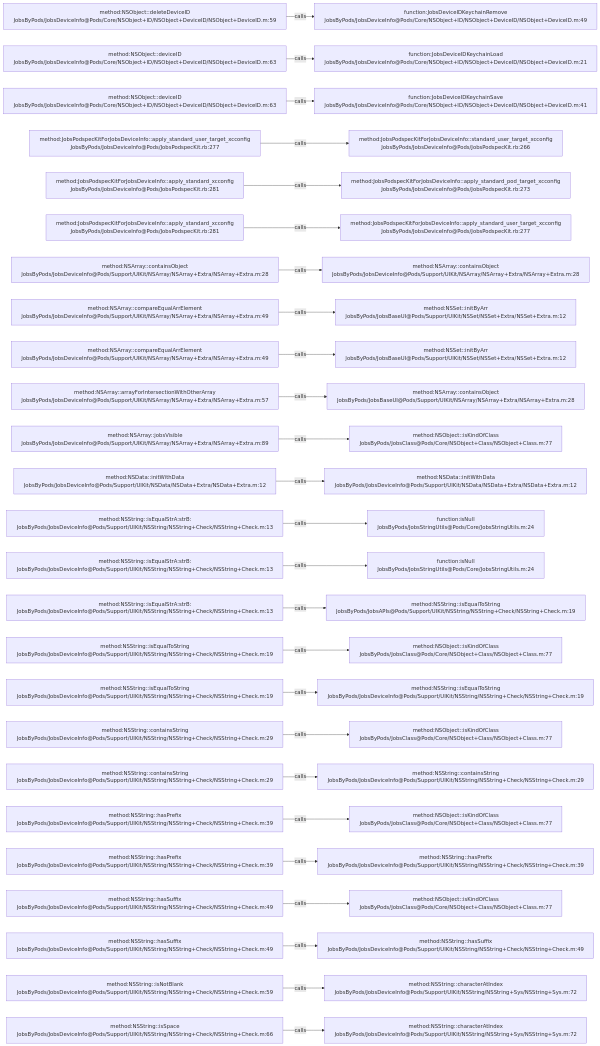
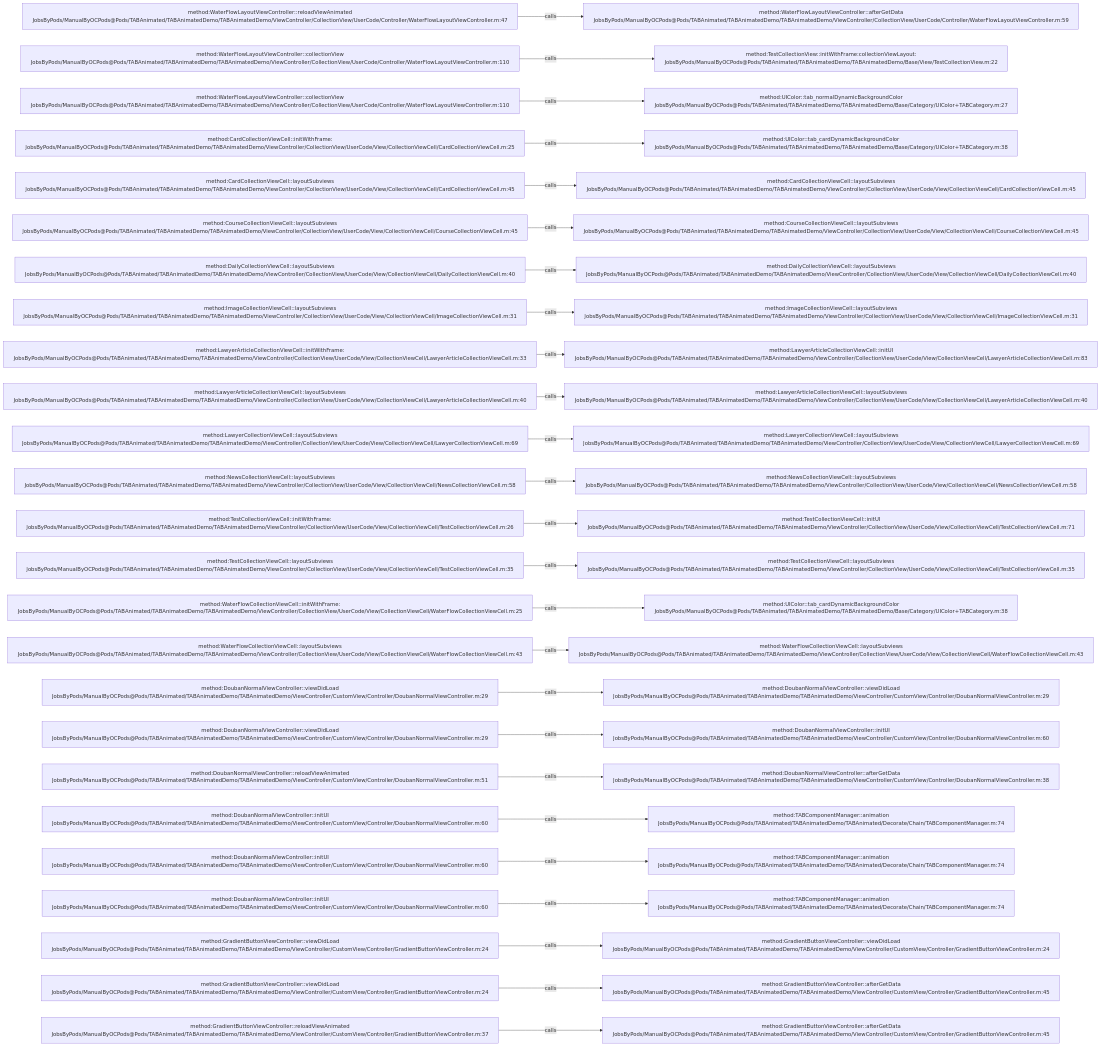
One commit to JobsKits/JobsOCBaseConfigDemo changed the diagram in .codegraph/codegraph.md/graphs/calls-061.md. Above: the diagram before and after it, drawn with Mermaid. The commit also changed 2162 other files, not shown here.

````diff
--- a/.codegraph/codegraph.md/graphs/calls-061.md
+++ b/.codegraph/codegraph.md/graphs/calls-061.md
@@ -13,78 +13,78 @@
 ```mermaid
 flowchart LR
-  S1["method:NSObject::deleteDeviceID<br/>JobsByPods/JobsDeviceInfo@Pods/Core/NSObject+ID/NSObject+DeviceID/NSObject+DeviceID.m:59"]
-  T1["function:JobsDeviceIDKeychainRemove<br/>JobsByPods/JobsDeviceInfo@Pods/Core/NSObject+ID/NSObject+DeviceID/NSObject+DeviceID.m:49"]
+  S1["method:WaterFlowLayoutViewController::reloadViewAnimated<br/>JobsByPods/ManualByOCPods@Pods/TABAnimated/TABAnimatedDemo/TABAnimatedDemo/ViewController/CollectionView/UserCode/Controller/WaterFlowLayoutViewController.m:47"]
+  T1["method:WaterFlowLayoutViewController::afterGetData<br/>JobsByPods/ManualByOCPods@Pods/TABAnimated/TABAnimatedDemo/TABAnimatedDemo/ViewController/CollectionView/UserCode/Controller/WaterFlowLayoutViewController.m:59"]
   S1 -->|calls| T1
-  S2["method:NSObject::deviceID<br/>JobsByPods/JobsDeviceInfo@Pods/Core/NSObject+ID/NSObject+DeviceID/NSObject+DeviceID.m:63"]
-  T2["function:JobsDeviceIDKeychainLoad<br/>JobsByPods/JobsDeviceInfo@Pods/Core/NSObject+ID/NSObject+DeviceID/NSObject+DeviceID.m:21"]
+  S2["method:WaterFlowLayoutViewController::collectionView<br/>JobsByPods/ManualByOCPods@Pods/TABAnimated/TABAnimatedDemo/TABAnimatedDemo/ViewController/CollectionView/UserCode/Controller/WaterFlowLayoutViewController.m:110"]
+  T2["method:TestCollectionView::initWithFrame:collectionViewLayout:<br/>JobsByPods/ManualByOCPods@Pods/TABAnimated/TABAnimatedDemo/TABAnimatedDemo/Base/View/TestCollectionView.m:22"]
   S2 -->|calls| T2
-  S3["method:NSObject::deviceID<br/>JobsByPods/JobsDeviceInfo@Pods/Core/NSObject+ID/NSObject+DeviceID/NSObject+DeviceID.m:63"]
-  T3["function:JobsDeviceIDKeychainSave<br/>JobsByPods/JobsDeviceInfo@Pods/Core/NSObject+ID/NSObject+DeviceID/NSObject+DeviceID.m:41"]
+  S3["method:WaterFlowLayoutViewController::collectionView<br/>JobsByPods/ManualByOCPods@Pods/TABAnimated/TABAnimatedDemo/TABAnimatedDemo/ViewController/CollectionView/UserCode/Controller/WaterFlowLayoutViewController.m:110"]
+  T3["method:UIColor::tab_normalDynamicBackgroundColor<br/>JobsByPods/ManualByOCPods@Pods/TABAnimated/TABAnimatedDemo/TABAnimatedDemo/Base/Category/UIColor+TABCategory.m:27"]
   S3 -->|calls| T3
-  S4["method:JobsPodspecKitForJobsDeviceInfo::apply_standard_user_target_xcconfig<br/>JobsByPods/JobsDeviceInfo@Pods/JobsPodspecKit.rb:277"]
-  T4["method:JobsPodspecKitForJobsDeviceInfo::standard_user_target_xcconfig<br/>JobsByPods/JobsDeviceInfo@Pods/JobsPodspecKit.rb:266"]
+  S4["method:CardCollectionViewCell::initWithFrame:<br/>JobsByPods/ManualByOCPods@Pods/TABAnimated/TABAnimatedDemo/TABAnimatedDemo/ViewController/CollectionView/UserCode/View/CollectionViewCell/CardCollectionViewCell.m:25"]
+  T4["method:UIColor::tab_cardDynamicBackgroundColor<br/>JobsByPods/ManualByOCPods@Pods/TABAnimated/TABAnimatedDemo/TABAnimatedDemo/Base/Category/UIColor+TABCategory.m:38"]
   S4 -->|calls| T4
-  S5["method:JobsPodspecKitForJobsDeviceInfo::apply_standard_xcconfig<br/>JobsByPods/JobsDeviceInfo@Pods/JobsPodspecKit.rb:281"]
-  T5["method:JobsPodspecKitForJobsDeviceInfo::apply_standard_pod_target_xcconfig<br/>JobsByPods/JobsDeviceInfo@Pods/JobsPodspecKit.rb:273"]
+  S5["method:CardCollectionViewCell::layoutSubviews<br/>JobsByPods/ManualByOCPods@Pods/TABAnimated/TABAnimatedDemo/TABAnimatedDemo/ViewController/CollectionView/UserCode/View/CollectionViewCell/CardCollectionViewCell.m:45"]
+  T5["method:CardCollectionViewCell::layoutSubviews<br/>JobsByPods/ManualByOCPods@Pods/TABAnimated/TABAnimatedDemo/TABAnimatedDemo/ViewController/CollectionView/UserCode/View/CollectionViewCell/CardCollectionViewCell.m:45"]
   S5 -->|calls| T5
-  S6["method:JobsPodspecKitForJobsDeviceInfo::apply_standard_xcconfig<br/>JobsByPods/JobsDeviceInfo@Pods/JobsPodspecKit.rb:281"]
-  T6["method:JobsPodspecKitForJobsDeviceInfo::apply_standard_user_target_xcconfig<br/>JobsByPods/JobsDeviceInfo@Pods/JobsPodspecKit.rb:277"]
+  S6["method:CourseCollectionViewCell::layoutSubviews<br/>JobsByPods/ManualByOCPods@Pods/TABAnimated/TABAnimatedDemo/TABAnimatedDemo/ViewController/CollectionView/UserCode/View/CollectionViewCell/CourseCollectionViewCell.m:45"]
+  T6["method:CourseCollectionViewCell::layoutSubviews<br/>JobsByPods/ManualByOCPods@Pods/TABAnimated/TABAnimatedDemo/TABAnimatedDemo/ViewController/CollectionView/UserCode/View/CollectionViewCell/CourseCollectionViewCell.m:45"]
   S6 -->|calls| T6
-  S7["method:NSArray::containsObject<br/>JobsByPods/JobsDeviceInfo@Pods/Support/UIKit/NSArray/NSArray+Extra/NSArray+Extra.m:28"]
-  T7["method:NSArray::containsObject<br/>JobsByPods/JobsDeviceInfo@Pods/Support/UIKit/NSArray/NSArray+Extra/NSArray+Extra.m:28"]
+  S7["method:DailyCollectionViewCell::layoutSubviews<br/>JobsByPods/ManualByOCPods@Pods/TABAnimated/TABAnimatedDemo/TABAnimatedDemo/ViewController/CollectionView/UserCode/View/CollectionViewCell/DailyCollectionViewCell.m:40"]
+  T7["method:DailyCollectionViewCell::layoutSubviews<br/>JobsByPods/ManualByOCPods@Pods/TABAnimated/TABAnimatedDemo/TABAnimatedDemo/ViewController/CollectionView/UserCode/View/CollectionViewCell/DailyCollectionViewCell.m:40"]
   S7 -->|calls| T7
-  S8["method:NSArray::compareEqualArrElement<br/>JobsByPods/JobsDeviceInfo@Pods/Support/UIKit/NSArray/NSArray+Extra/NSArray+Extra.m:49"]
-  T8["method:NSSet::initByArr<br/>JobsByPods/JobsBaseUI@Pods/Support/UIKit/NSSet/NSSet+Extra/NSSet+Extra.m:12"]
+  S8["method:ImageCollectionViewCell::layoutSubviews<br/>JobsByPods/ManualByOCPods@Pods/TABAnimated/TABAnimatedDemo/TABAnimatedDemo/ViewController/CollectionView/UserCode/View/CollectionViewCell/ImageCollectionViewCell.m:31"]
+  T8["method:ImageCollectionViewCell::layoutSubviews<br/>JobsByPods/ManualByOCPods@Pods/TABAnimated/TABAnimatedDemo/TABAnimatedDemo/ViewController/CollectionView/UserCode/View/CollectionViewCell/ImageCollectionViewCell.m:31"]
   S8 -->|calls| T8
-  S9["method:NSArray::compareEqualArrElement<br/>JobsByPods/JobsDeviceInfo@Pods/Support/UIKit/NSArray/NSArray+Extra/NSArray+Extra.m:49"]
-  T9["method:NSSet::initByArr<br/>JobsByPods/JobsBaseUI@Pods/Support/UIKit/NSSet/NSSet+Extra/NSSet+Extra.m:12"]
+  S9["method:LawyerArticleCollectionViewCell::initWithFrame:<br/>JobsByPods/ManualByOCPods@Pods/TABAnimated/TABAnimatedDemo/TABAnimatedDemo/ViewController/CollectionView/UserCode/View/CollectionViewCell/LawyerArticleCollectionViewCell.m:33"]
+  T9["method:LawyerArticleCollectionViewCell::initUI<br/>JobsByPods/ManualByOCPods@Pods/TABAnimated/TABAnimatedDemo/TABAnimatedDemo/ViewController/CollectionView/UserCode/View/CollectionViewCell/LawyerArticleCollectionViewCell.m:83"]
   S9 -->|calls| T9
-  S10["method:NSArray::arrayForIntersectionWithOtherArray<br/>JobsByPods/JobsDeviceInfo@Pods/Support/UIKit/NSArray/NSArray+Extra/NSArray+Extra.m:57"]
-  T10["method:NSArray::containsObject<br/>JobsByPods/JobsBaseUI@Pods/Support/UIKit/NSArray/NSArray+Extra/NSArray+Extra.m:28"]
+  S10["method:LawyerArticleCollectionViewCell::layoutSubviews<br/>JobsByPods/ManualByOCPods@Pods/TABAnimated/TABAnimatedDemo/TABAnimatedDemo/ViewController/CollectionView/UserCode/View/CollectionViewCell/LawyerArticleCollectionViewCell.m:40"]
+  T10["method:LawyerArticleCollectionViewCell::layoutSubviews<br/>JobsByPods/ManualByOCPods@Pods/TABAnimated/TABAnimatedDemo/TABAnimatedDemo/ViewController/CollectionView/UserCode/View/CollectionViewCell/LawyerArticleCollectionViewCell.m:40"]
   S10 -->|calls| T10
-  S11["method:NSArray::jobsVisible<br/>JobsByPods/JobsDeviceInfo@Pods/Support/UIKit/NSArray/NSArray+Extra/NSArray+Extra.m:89"]
-  T11["method:NSObject::isKindOfClass<br/>JobsByPods/JobsClass@Pods/Core/NSObject+Class/NSObject+Class.m:77"]
+  S11["method:LawyerCollectionViewCell::layoutSubviews<br/>JobsByPods/ManualByOCPods@Pods/TABAnimated/TABAnimatedDemo/TABAnimatedDemo/ViewController/CollectionView/UserCode/View/CollectionViewCell/LawyerCollectionViewCell.m:69"]
+  T11["method:LawyerCollectionViewCell::layoutSubviews<br/>JobsByPods/ManualByOCPods@Pods/TABAnimated/TABAnimatedDemo/TABAnimatedDemo/ViewController/CollectionView/UserCode/View/CollectionViewCell/LawyerCollectionViewCell.m:69"]
   S11 -->|calls| T11
-  S12["method:NSData::initWithData<br/>JobsByPods/JobsDeviceInfo@Pods/Support/UIKit/NSData/NSData+Extra/NSData+Extra.m:12"]
-  T12["method:NSData::initWithData<br/>JobsByPods/JobsDeviceInfo@Pods/Support/UIKit/NSData/NSData+Extra/NSData+Extra.m:12"]
+  S12["method:NewsCollectionViewCell::layoutSubviews<br/>JobsByPods/ManualByOCPods@Pods/TABAnimated/TABAnimatedDemo/TABAnimatedDemo/ViewController/CollectionView/UserCode/View/CollectionViewCell/NewsCollectionViewCell.m:58"]
+  T12["method:NewsCollectionViewCell::layoutSubviews<br/>JobsByPods/ManualByOCPods@Pods/TABAnimated/TABAnimatedDemo/TABAnimatedDemo/ViewController/CollectionView/UserCode/View/CollectionViewCell/NewsCollectionViewCell.m:58"]
   S12 -->|calls| T12
-  S13["method:NSString::isEqualStrA:strB:<br/>JobsByPods/JobsDeviceInfo@Pods/Support/UIKit/NSString/NSString+Check/NSString+Check.m:13"]
-  T13["function:isNull<br/>JobsByPods/JobsStringUtils@Pods/Core/JobsStringUtils.m:24"]
+  S13["method:TestCollectionViewCell::initWithFrame:<br/>JobsByPods/ManualByOCPods@Pods/TABAnimated/TABAnimatedDemo/TABAnimatedDemo/ViewController/CollectionView/UserCode/View/CollectionViewCell/TestCollectionViewCell.m:26"]
+  T13["method:TestCollectionViewCell::initUI<br/>JobsByPods/ManualByOCPods@Pods/TABAnimated/TABAnimatedDemo/TABAnimatedDemo/ViewController/CollectionView/UserCode/View/CollectionViewCell/TestCollectionViewCell.m:71"]
   S13 -->|calls| T13
-  S14["method:NSString::isEqualStrA:strB:<br/>JobsByPods/JobsDeviceInfo@Pods/Support/UIKit/NSString/NSString+Check/NSString+Check.m:13"]
-  T14["function:isNull<br/>JobsByPods/JobsStringUtils@Pods/Core/JobsStringUtils.m:24"]
+  S14["method:TestCollectionViewCell::layoutSubviews<br/>JobsByPods/ManualByOCPods@Pods/TABAnimated/TABAnimatedDemo/TABAnimatedDemo/ViewController/CollectionView/UserCode/View/CollectionViewCell/TestCollectionViewCell.m:35"]
+  T14["method:TestCollectionViewCell::layoutSubviews<br/>JobsByPods/ManualByOCPods@Pods/TABAnimated/TABAnimatedDemo/TABAnimatedDemo/ViewController/CollectionView/UserCode/View/CollectionViewCell/TestCollectionViewCell.m:35"]
   S14 -->|calls| T14
-  S15["method:NSString::isEqualStrA:strB:<br/>JobsByPods/JobsDeviceInfo@Pods/Support/UIKit/NSString/NSString+Check/NSString+Check.m:13"]
-  T15["method:NSString::isEqualToString<br/>JobsByPods/JobsAPIs@Pods/Support/UIKit/NSString/NSString+Check/NSString+Check.m:19"]
+  S15["method:WaterFlowCollectionViewCell::initWithFrame:<br/>JobsByPods/ManualByOCPods@Pods/TABAnimated/TABAnimatedDemo/TABAnimatedDemo/ViewController/CollectionView/UserCode/View/CollectionViewCell/WaterFlowCollectionViewCell.m:25"]
+  T15["method:UIColor::tab_cardDynamicBackgroundColor<br/>JobsByPods/ManualByOCPods@Pods/TABAnimated/TABAnimatedDemo/TABAnimatedDemo/Base/Category/UIColor+TABCategory.m:38"]
   S15 -->|calls| T15
-  S16["method:NSString::isEqualToString<br/>JobsByPods/JobsDeviceInfo@Pods/Support/UIKit/NSString/NSString+Check/NSString+Check.m:19"]
-  T16["method:NSObject::isKindOfClass<br/>JobsByPods/JobsClass@Pods/Core/NSObject+Class/NSObject+Class.m:77"]
+  S16["method:WaterFlowCollectionViewCell::layoutSubviews<br/>JobsByPods/ManualByOCPods@Pods/TABAnimated/TABAnimatedDemo/TABAnimatedDemo/ViewController/CollectionView/UserCode/View/CollectionViewCell/WaterFlowCollectionViewCell.m:43"]
+  T16["method:WaterFlowCollectionViewCell::layoutSubviews<br/>JobsByPods/ManualByOCPods@Pods/TABAnimated/TABAnimatedDemo/TABAnimatedDemo/ViewController/CollectionView/UserCode/View/CollectionViewCell/WaterFlowCollectionViewCell.m:43"]
   S16 -->|calls| T16
-  S17["method:NSString::isEqualToString<br/>JobsByPods/JobsDeviceInfo@Pods/Support/UIKit/NSString/NSString+Check/NSString+Check.m:19"]
-  T17["method:NSString::isEqualToString<br/>JobsByPods/JobsDeviceInfo@Pods/Support/UIKit/NSString/NSString+Check/NSString+Check.m:19"]
+  S17["method:DoubanNormalViewController::viewDidLoad<br/>JobsByPods/ManualByOCPods@Pods/TABAnimated/TABAnimatedDemo/TABAnimatedDemo/ViewController/CustomView/Controller/DoubanNormalViewController.m:29"]
+  T17["method:DoubanNormalViewController::viewDidLoad<br/>JobsByPods/ManualByOCPods@Pods/TABAnimated/TABAnimatedDemo/TABAnimatedDemo/ViewController/CustomView/Controller/DoubanNormalViewController.m:29"]
   S17 -->|calls| T17
-  S18["method:NSString::containsString<br/>JobsByPods/JobsDeviceInfo@Pods/Support/UIKit/NSString/NSString+Check/NSString+Check.m:29"]
-  T18["method:NSObject::isKindOfClass<br/>JobsByPods/JobsClass@Pods/Core/NSObject+Class/NSObject+Class.m:77"]
+  S18["method:DoubanNormalViewController::viewDidLoad<br/>JobsByPods/ManualByOCPods@Pods/TABAnimated/TABAnimatedDemo/TABAnimatedDemo/ViewController/CustomView/Controller/DoubanNormalViewController.m:29"]
+  T18["method:DoubanNormalViewController::initUI<br/>JobsByPods/ManualByOCPods@Pods/TABAnimated/TABAnimatedDemo/TABAnimatedDemo/ViewController/CustomView/Controller/DoubanNormalViewController.m:60"]
   S18 -->|calls| T18
-  S19["method:NSString::containsString<br/>JobsByPods/JobsDeviceInfo@Pods/Support/UIKit/NSString/NSString+Check/NSString+Check.m:29"]
-  T19["method:NSString::containsString<br/>JobsByPods/JobsDeviceInfo@Pods/Support/UIKit/NSString/NSString+Check/NSString+Check.m:29"]
+  S19["method:DoubanNormalViewController::reloadViewAnimated<br/>JobsByPods/ManualByOCPods@Pods/TABAnimated/TABAnimatedDemo/TABAnimatedDemo/ViewController/CustomView/Controller/DoubanNormalViewController.m:51"]
+  T19["method:DoubanNormalViewController::afterGetData<br/>JobsByPods/ManualByOCPods@Pods/TABAnimated/TABAnimatedDemo/TABAnimatedDemo/ViewController/CustomView/Controller/DoubanNormalViewController.m:38"]
   S19 -->|calls| T19
-  S20["method:NSString::hasPrefix<br/>JobsByPods/JobsDeviceInfo@Pods/Support/UIKit/NSString/NSString+Check/NSString+Check.m:39"]
-  T20["method:NSObject::isKindOfClass<br/>JobsByPods/JobsClass@Pods/Core/NSObject+Class/NSObject+Class.m:77"]
+  S20["method:DoubanNormalViewController::initUI<br/>JobsByPods/ManualByOCPods@Pods/TABAnimated/TABAnimatedDemo/TABAnimatedDemo/ViewController/CustomView/Controller/DoubanNormalViewController.m:60"]
+  T20["method:TABComponentManager::animation<br/>JobsByPods/ManualByOCPods@Pods/TABAnimated/TABAnimatedDemo/TABAnimated/Decorate/Chain/TABComponentManager.m:74"]
   S20 -->|calls| T20
-  S21["method:NSString::hasPrefix<br/>JobsByPods/JobsDeviceInfo@Pods/Support/UIKit/NSString/NSString+Check/NSString+Check.m:39"]
-  T21["method:NSString::hasPrefix<br/>JobsByPods/JobsDeviceInfo@Pods/Support/UIKit/NSString/NSString+Check/NSString+Check.m:39"]
+  S21["method:DoubanNormalViewController::initUI<br/>JobsByPods/ManualByOCPods@Pods/TABAnimated/TABAnimatedDemo/TABAnimatedDemo/ViewController/CustomView/Controller/DoubanNormalViewController.m:60"]
+  T21["method:TABComponentManager::animation<br/>JobsByPods/ManualByOCPods@Pods/TABAnimated/TABAnimatedDemo/TABAnimated/Decorate/Chain/TABComponentManager.m:74"]
   S21 -->|calls| T21
-  S22["method:NSString::hasSuffix<br/>JobsByPods/JobsDeviceInfo@Pods/Support/UIKit/NSString/NSString+Check/NSString+Check.m:49"]
-  T22["method:NSObject::isKindOfClass<br/>JobsByPods/JobsClass@Pods/Core/NSObject+Class/NSObject+Class.m:77"]
+  S22["method:DoubanNormalViewController::initUI<br/>JobsByPods/ManualByOCPods@Pods/TABAnimated/TABAnimatedDemo/TABAnimatedDemo/ViewController/CustomView/Controller/DoubanNormalViewController.m:60"]
+  T22["method:TABComponentManager::animation<br/>JobsByPods/ManualByOCPods@Pods/TABAnimated/TABAnimatedDemo/TABAnimated/Decorate/Chain/TABComponentManager.m:74"]
   S22 -->|calls| T22
-  S23["method:NSString::hasSuffix<br/>JobsByPods/JobsDeviceInfo@Pods/Support/UIKit/NSString/NSString+Check/NSString+Check.m:49"]
-  T23["method:NSString::hasSuffix<br/>JobsByPods/JobsDeviceInfo@Pods/Support/UIKit/NSString/NSString+Check/NSString+Check.m:49"]
+  S23["method:GradientButtonViewController::viewDidLoad<br/>JobsByPods/ManualByOCPods@Pods/TABAnimated/TABAnimatedDemo/TABAnimatedDemo/ViewController/CustomView/Controller/GradientButtonViewController.m:24"]
+  T23["method:GradientButtonViewController::viewDidLoad<br/>JobsByPods/ManualByOCPods@Pods/TABAnimated/TABAnimatedDemo/TABAnimatedDemo/ViewController/CustomView/Controller/GradientButtonViewController.m:24"]
   S23 -->|calls| T23
-  S24["method:NSString::isNotBlank<br/>JobsByPods/JobsDeviceInfo@Pods/Support/UIKit/NSString/NSString+Check/NSString+Check.m:59"]
-  T24["method:NSString::characterAtIndex<br/>JobsByPods/JobsDeviceInfo@Pods/Support/UIKit/NSString/NSString+Sys/NSString+Sys.m:72"]
+  S24["method:GradientButtonViewController::viewDidLoad<br/>JobsByPods/ManualByOCPods@Pods/TABAnimated/TABAnimatedDemo/TABAnimatedDemo/ViewController/CustomView/Controller/GradientButtonViewController.m:24"]
+  T24["method:GradientButtonViewController::afterGetData<br/>JobsByPods/ManualByOCPods@Pods/TABAnimated/TABAnimatedDemo/TABAnimatedDemo/ViewController/CustomView/Controller/GradientButtonViewController.m:45"]
   S24 -->|calls| T24
-  S25["method:NSString::isSpace<br/>JobsByPods/JobsDeviceInfo@Pods/Support/UIKit/NSString/NSString+Check/NSString+Check.m:66"]
-  T25["method:NSString::characterAtIndex<br/>JobsByPods/JobsDeviceInfo@Pods/Support/UIKit/NSString/NSString+Sys/NSString+Sys.m:72"]
+  S25["method:GradientButtonViewController::reloadViewAnimated<br/>JobsByPods/ManualByOCPods@Pods/TABAnimated/TABAnimatedDemo/TABAnimatedDemo/ViewController/CustomView/Controller/GradientButtonViewController.m:37"]
+  T25["method:GradientButtonViewController::afterGetData<br/>JobsByPods/ManualByOCPods@Pods/TABAnimated/TABAnimatedDemo/TABAnimatedDemo/ViewController/CustomView/Controller/GradientButtonViewController.m:45"]
   S25 -->|calls| T25
 ```
````
